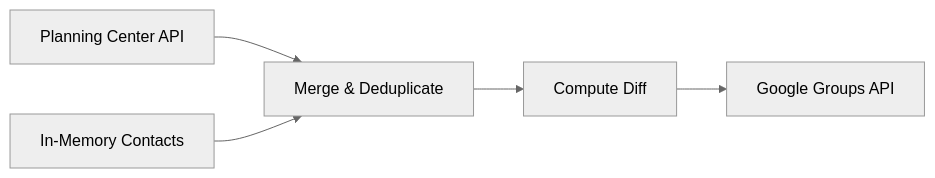
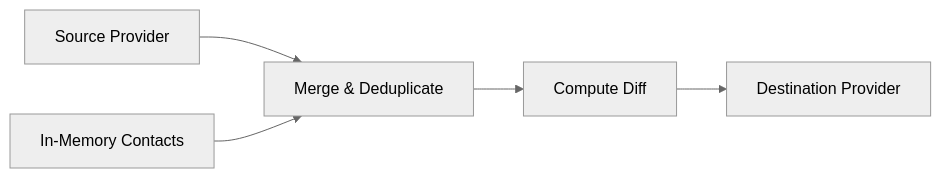
Before and after one commit to nrutman/contacts-sync-web: the diagram in README.md, drawn with Mermaid (neutral theme). The commit also changed other lines of this file and 61 other files, not shown here.

````diff
--- a/README.md
+++ b/README.md
@@ -5,7 +5,7 @@
 ```mermaid
 flowchart LR
-    PC[Planning Center API] --> Merge[Merge & Deduplicate]
+    Source[Source Provider] --> Merge[Merge & Deduplicate]
     Mem[In-Memory Contacts] --> Merge
     Merge --> Diff[Compute Diff]
-    Diff --> Google[Google Groups API]
+    Diff --> Dest[Destination Provider]
 ```
````
